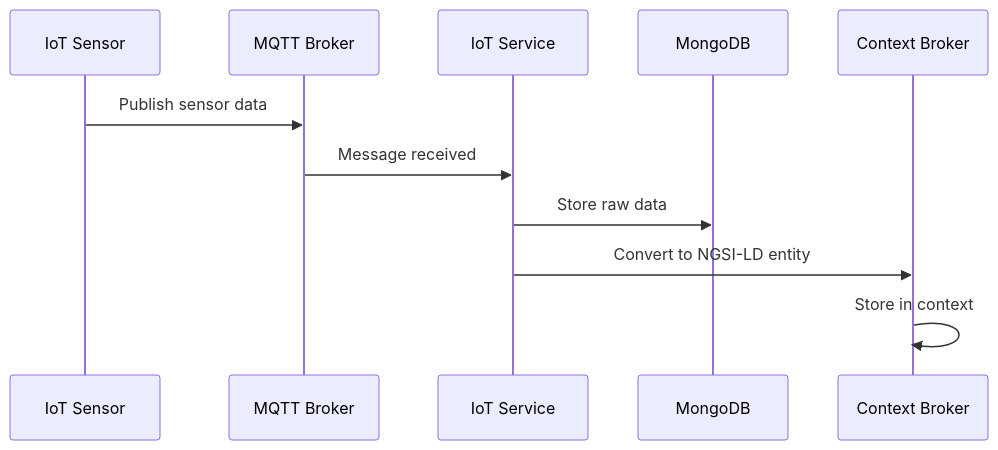
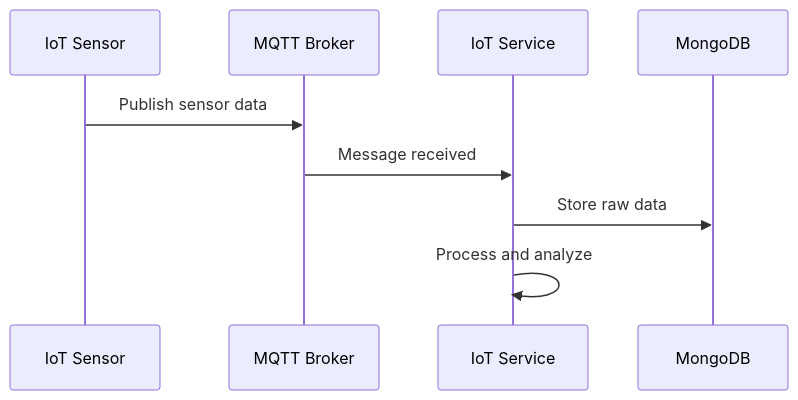
One commit to Truongpyeo/CityResQ360-DTUDZ changed the fourth of 4 diagrams in docs/ARCHITECTURE.md. Above: the diagram before and after it, drawn with Mermaid. The commit also changed other lines of this file and 29 other files, not shown here.

````diff
--- a/docs/ARCHITECTURE.md
+++ b/docs/ARCHITECTURE.md
@@ -337,14 +324,12 @@
 ```mermaid
 sequenceDiagram
     participant S as IoT Sensor
     participant M as MQTT Broker
     participant I as IoT Service
     participant DB as MongoDB
-    participant CB as Context Broker
     
     S->>M: Publish sensor data
     M->>I: Message received
     I->>DB: Store raw data
-    I->>CB: Convert to NGSI-LD entity
-    CB->>CB: Store in context
+    I->>I: Process and analyze
 ```
````
